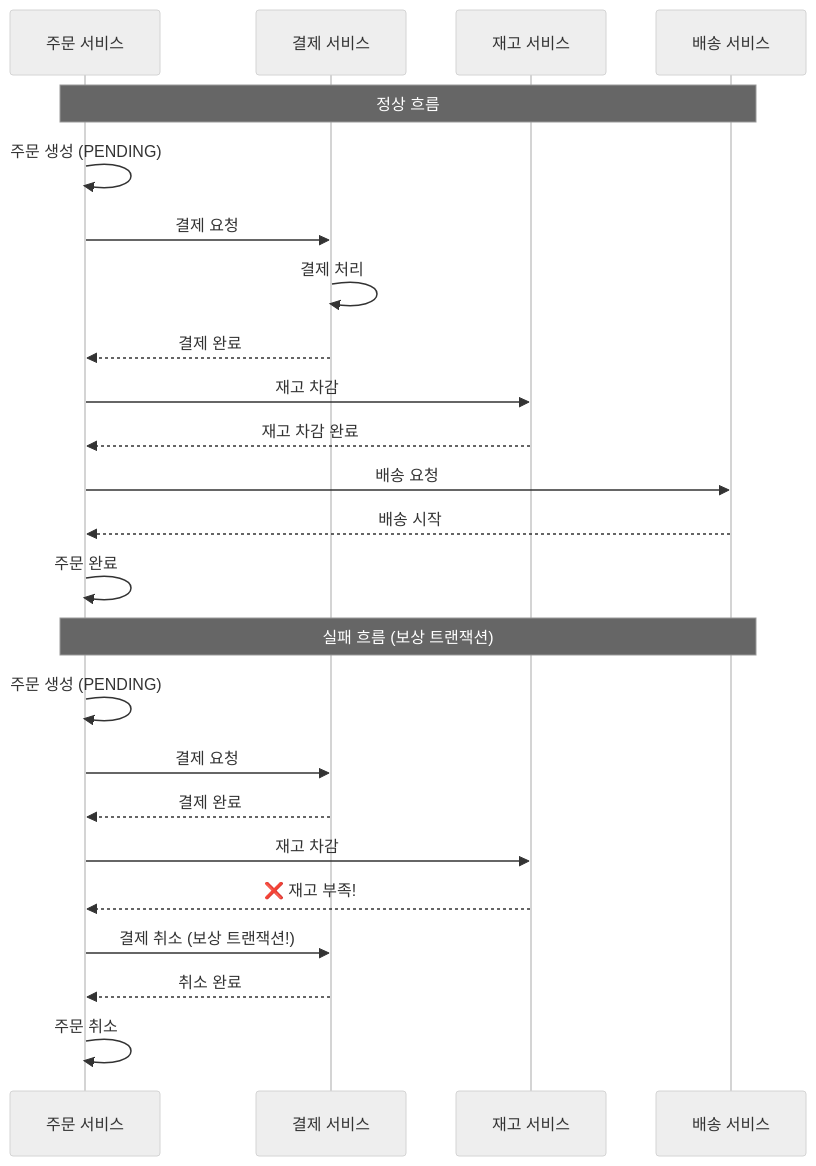
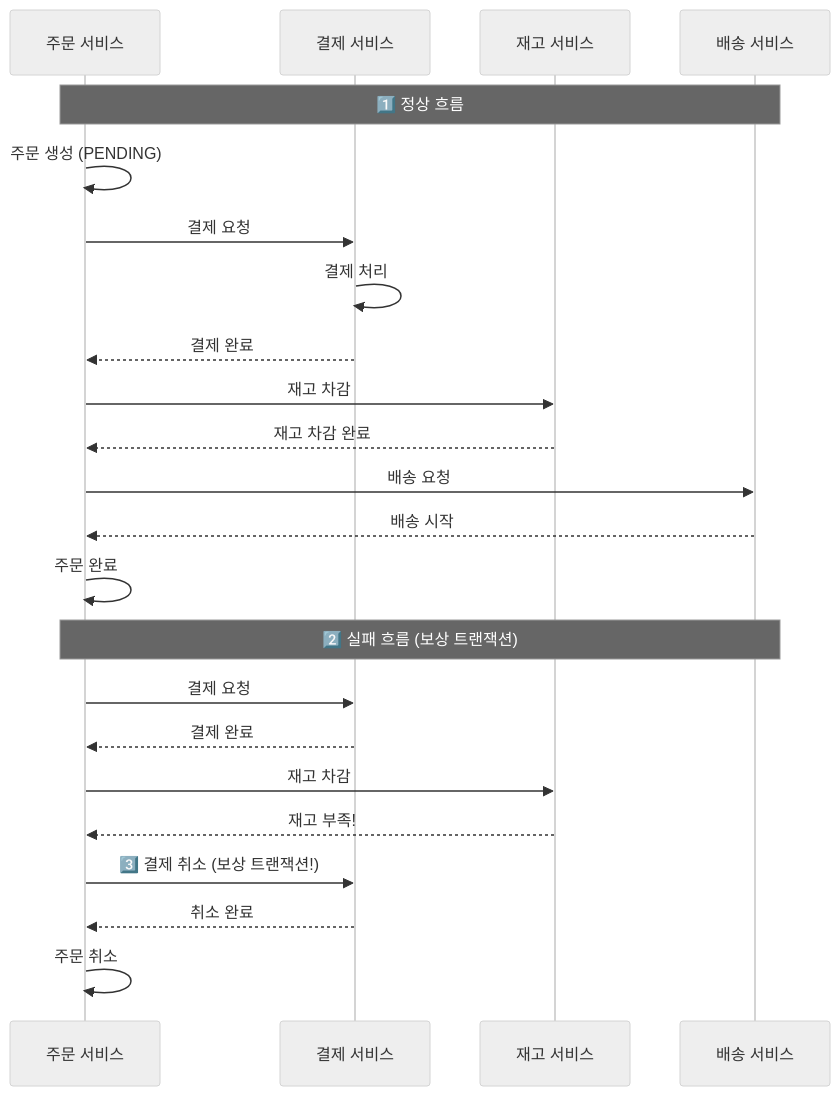
Before and after one commit to yjkim2015/yjkim2015.github.io: diagram 11 of 15 in _posts/architecture/2026-05-02-msa-deep.md, drawn with Mermaid (neutral theme). The commit also changed other lines of this file and 92 other files, not shown here.

First line of the commit message:
Major quality rewrite: 98 files, Mermaid fix, extreme-scenario component

````diff
--- a/_posts/architecture/2026-05-02-msa-deep.md
+++ b/_posts/architecture/2026-05-02-msa-deep.md
@@ -440,28 +477,27 @@
 ```mermaid
 sequenceDiagram
     participant OS as 주문 서비스
     participant PS as 결제 서비스
     participant IS as 재고 서비스
     participant DS as 배송 서비스
 
-    Note over OS,DS: 정상 흐름
+    Note over OS,DS: 1️⃣ 정상 흐름
     OS->>OS: 주문 생성 (PENDING)
     OS->>PS: 결제 요청
     PS->>PS: 결제 처리
     PS-->>OS: 결제 완료
     OS->>IS: 재고 차감
     IS-->>OS: 재고 차감 완료
     OS->>DS: 배송 요청
     DS-->>OS: 배송 시작
     OS->>OS: 주문 완료
 
-    Note over OS,DS: 실패 흐름 (보상 트랜잭션)
-    OS->>OS: 주문 생성 (PENDING)
+    Note over OS,DS: 2️⃣ 실패 흐름 (보상 트랜잭션)
     OS->>PS: 결제 요청
     PS-->>OS: 결제 완료
     OS->>IS: 재고 차감
-    IS-->>OS: ❌ 재고 부족!
-    OS->>PS: 결제 취소 (보상 트랜잭션!)
+    IS-->>OS: 재고 부족!
+    OS->>PS: 3️⃣ 결제 취소 (보상 트랜잭션!)
     PS-->>OS: 취소 완료
     OS->>OS: 주문 취소
 ```
````
